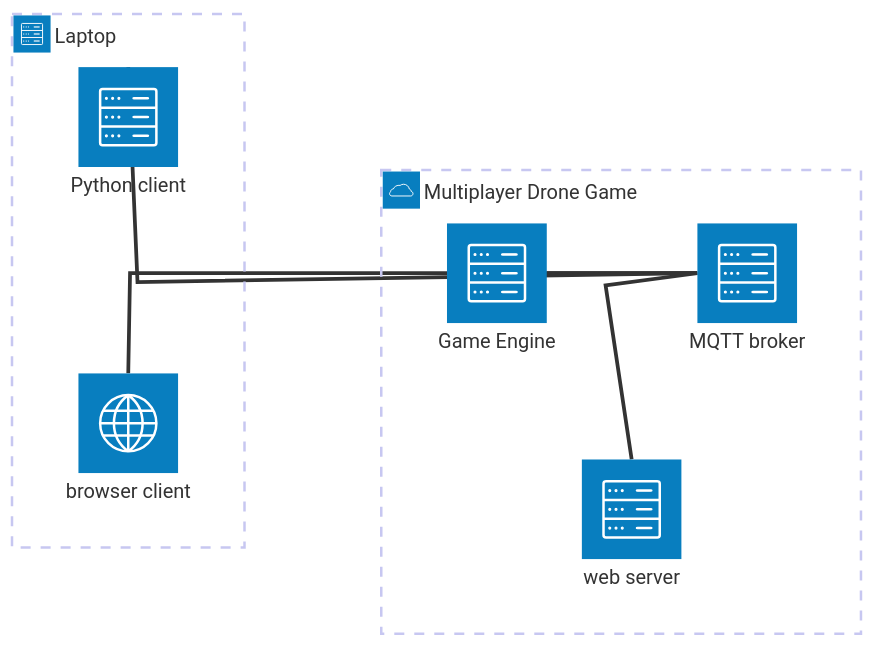
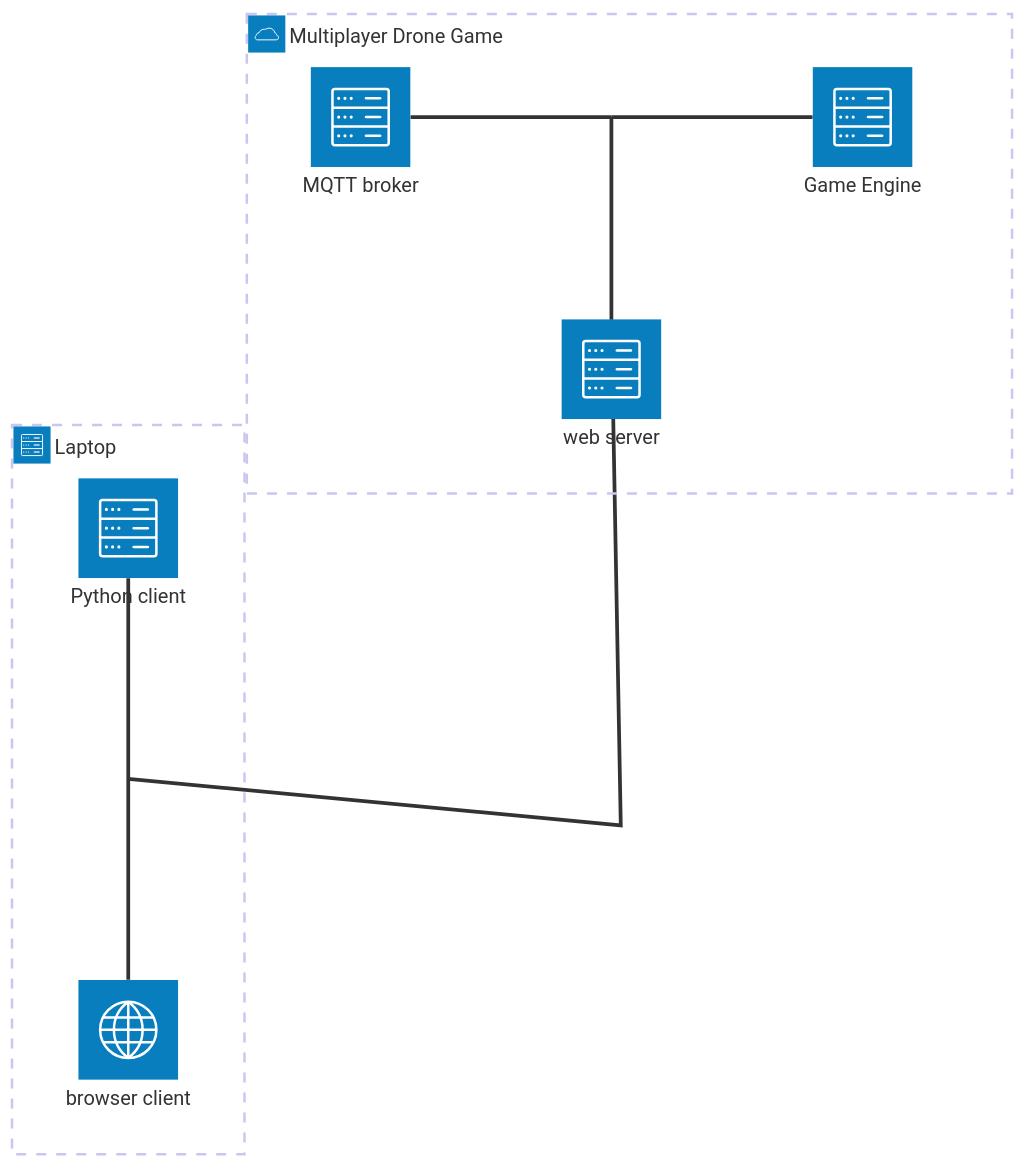
Before and after one commit to coderdojonijmegen/multiplayer_game: the first of 3 diagrams in docs/software design.md, drawn with Mermaid. The commit also changed other lines of this file and 2 other files, not shown here.

````diff
--- a/docs/software design.md
+++ b/docs/software design.md
@@ -18,19 +18,25 @@
 ```mermaid
 architecture-beta
     group game(cloud)[Multiplayer Drone Game]
     group laptop(server)[Laptop]
 
     service browser(internet)[browser client] in laptop
     service client(server)[Python client] in laptop
 
     service broker(server)[MQTT broker] in game
     service server(server)[web server] in game
     service engine(server)[Game Engine] in game
 
-    engine:R -- L:broker
-    server:T -- L:broker
+    junction http in game
+    junction httpl in laptop
+    junction mqtt in game
 
-    browser:T -- L:broker
-    client:T -- L:broker
+    engine:L -- R:mqtt
+    server:T -- B:mqtt
+    mqtt:L -- R:broker
+
+    browser:T -- B:httpl
+    client:B -- T:httpl
+    httpl:R -- T:server
 
 ```
````
